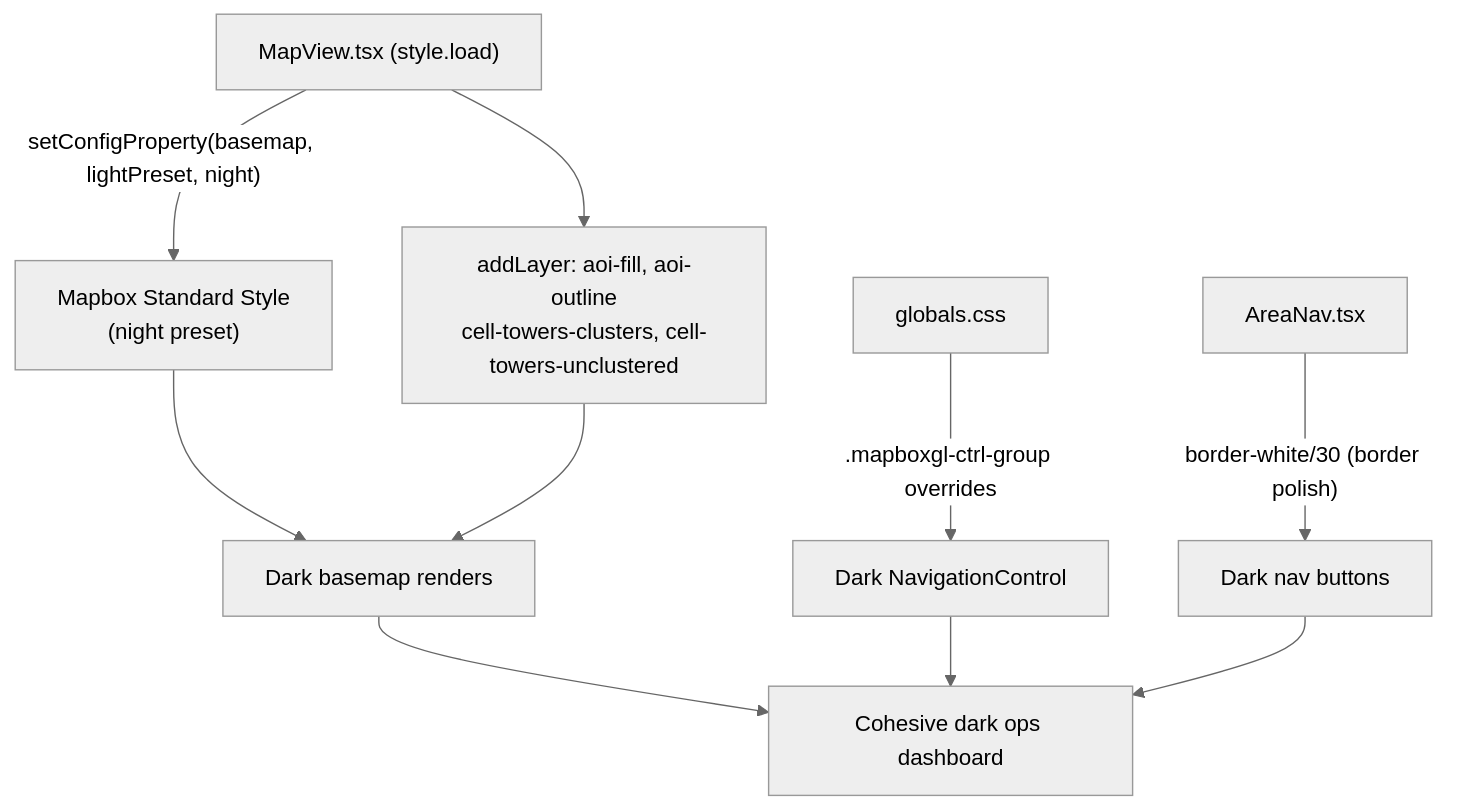
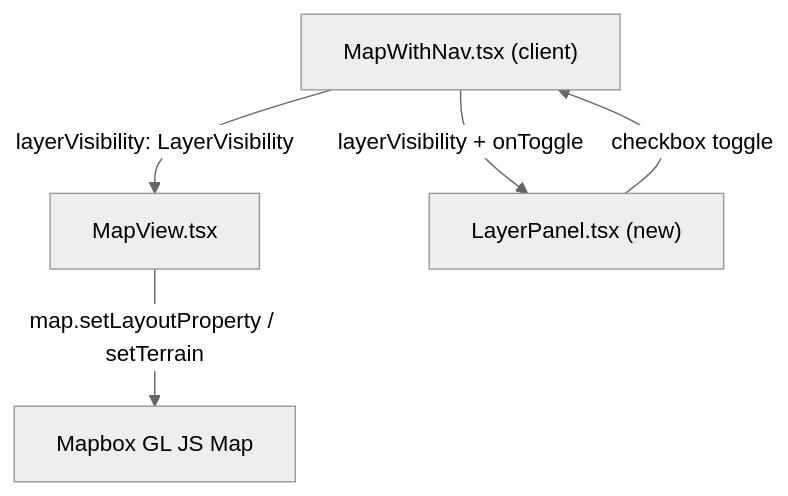
One commit to Hylje5000/aurora changed the diagram in MODIFICATION_DESIGN.md. Above: the diagram before and after it, drawn with Mermaid (neutral theme). The commit also changed other lines of this file and 3 other files, not shown here.

First line of the commit message:
feat(layers): add LayerKey types, DEFAULT_LAYER_VISIBILITY, and LAYER_GROUPS

````diff
--- a/MODIFICATION_DESIGN.md
+++ b/MODIFICATION_DESIGN.md
@@ -136,10 +105,7 @@
 ```mermaid
 graph TD
-    A["MapView.tsx (style.load)"] -->|"setConfigProperty(basemap, lightPreset, night)"| B["Mapbox Standard Style\n(night preset)"]
-    A --> C["addLayer: aoi-fill, aoi-outline\ncell-towers-clusters, cell-towers-unclustered"]
-    B --> D["Dark basemap renders"]
-    C --> D
-    E["globals.css"] -->|".mapboxgl-ctrl-group overrides"| F["Dark NavigationControl"]
-    G["AreaNav.tsx"] -->|"border-white/30 (border polish)"| H["Dark nav buttons"]
-    D & F & H --> I["Cohesive dark ops dashboard"]
+  A["MapWithNav.tsx (client)"] -->|"layerVisibility: LayerVisibility"| B["MapView.tsx"]
+  A -->|"layerVisibility + onToggle"| C["LayerPanel.tsx (new)"]
+  B -->|"map.setLayoutProperty / setTerrain"| D["Mapbox GL JS Map"]
+  C -->|"checkbox toggle"| A
 ```
````
